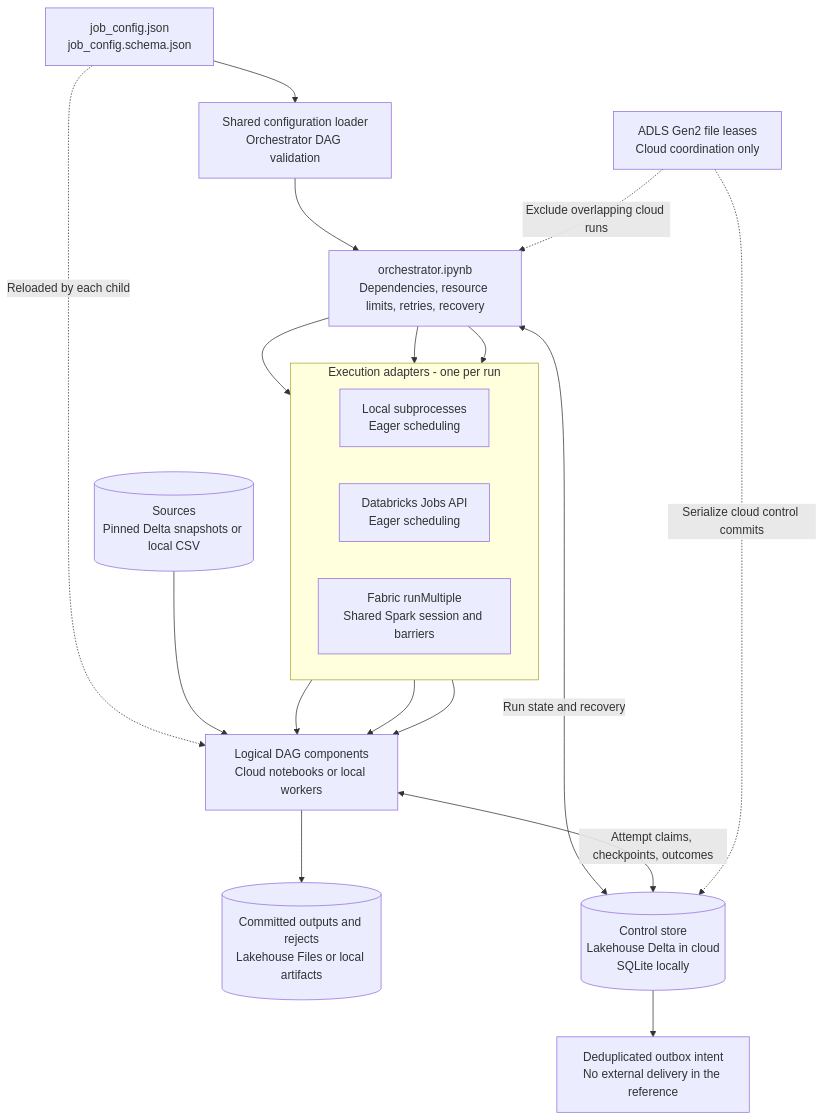
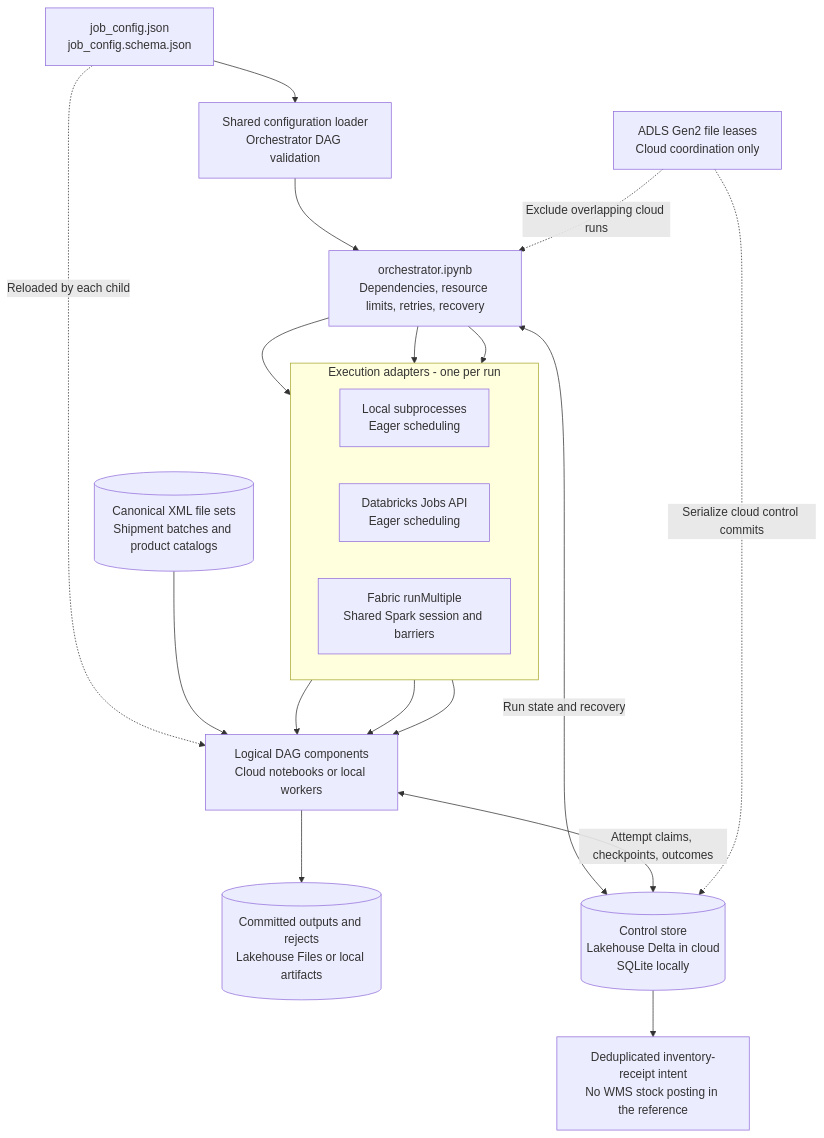
Before and after one commit to avidunixuser/spark_DAG_for_complex_notebook_orchestration: the first of 2 diagrams in README.md, drawn with Mermaid. The commit also changed other lines of this file and 53 other files, not shown here.

First line of the commit message:
Replace the sales sample with canonical XML warehouse receiving

````diff
--- a/README.md
+++ b/README.md
@@ -97,36 +112,36 @@
 ```mermaid
 flowchart TB
     config["job_config.json<br/>job_config.schema.json"]
     validation["Shared configuration loader<br/>Orchestrator DAG validation"]
     orchestrator["orchestrator.ipynb<br/>Dependencies, resource limits, retries, recovery"]
 
     config --> validation --> orchestrator
 
     subgraph adapters["Execution adapters - one per run"]
         direction LR
         local["Local subprocesses<br/>Eager scheduling"]
         databricks["Databricks Jobs API<br/>Eager scheduling"]
         fabric["Fabric runMultiple<br/>Shared Spark session and barriers"]
     end
 
     orchestrator --> local
     orchestrator --> databricks
     orchestrator --> fabric
     local --> components["Logical DAG components<br/>Cloud notebooks or local workers"]
     databricks --> components
     fabric --> components
     config -. "Reloaded by each child" .-> components
 
-    sources[("Sources<br/>Pinned Delta snapshots or local CSV")]
+    sources[("Canonical XML file sets<br/>Shipment batches and product catalogs")]
     outputs[("Committed outputs and rejects<br/>Lakehouse Files or local artifacts")]
     control[("Control store<br/>Lakehouse Delta in cloud<br/>SQLite locally")]
     leases["ADLS Gen2 file leases<br/>Cloud coordination only"]
-    outbox["Deduplicated outbox intent<br/>No external delivery in the reference"]
+    outbox["Deduplicated inventory-receipt intent<br/>No WMS stock posting in the reference"]
 
     sources --> components --> outputs
     orchestrator <-->|Run state and recovery| control
     components <-->|Attempt claims, checkpoints, outcomes| control
     control --> outbox
     leases -. "Exclude overlapping cloud runs" .-> orchestrator
     leases -. "Serialize cloud control commits" .-> control
 ```
````
